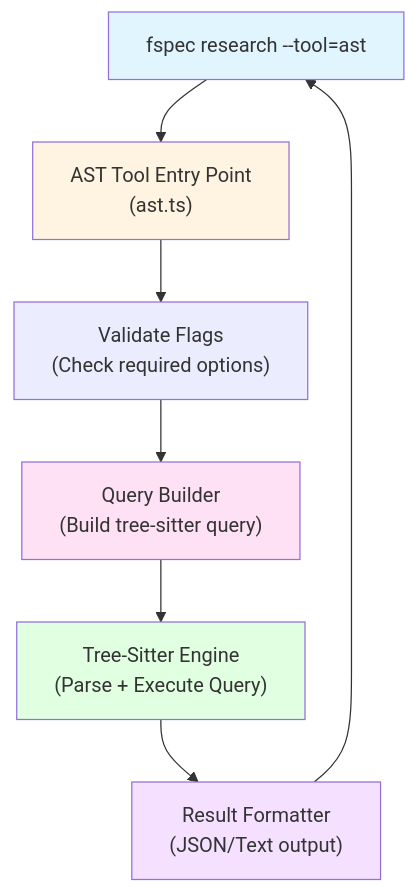
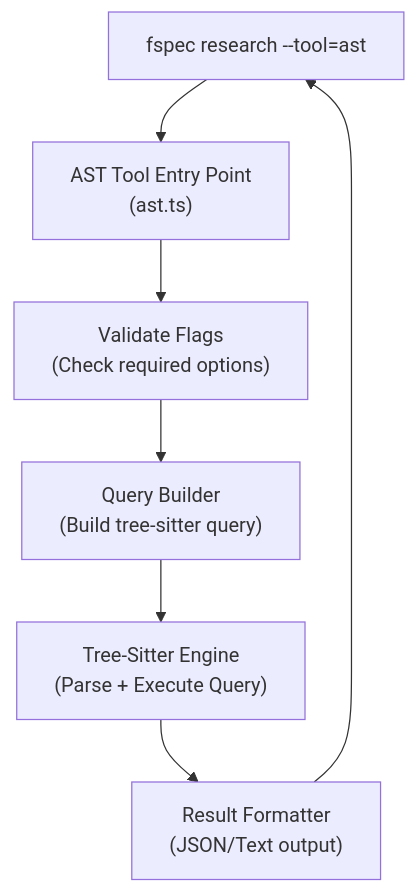
The first of 3 diagrams in spec/attachments/RES-017/ast-tool-refactoring-research.md (sengac/fspec), drawn with Mermaid before and after one commit. The commit also changed other lines of this file and 21 other files, not shown here.

First line of the commit message:
feat(research-tools)!: replace semantic NL parsing with deterministic tree-sitter operations

````diff
--- a/spec/attachments/RES-017/ast-tool-refactoring-research.md
+++ b/spec/attachments/RES-017/ast-tool-refactoring-research.md
@@ -200,22 +200,16 @@
 ```mermaid
 graph TB
     CLI["fspec research --tool=ast"]
     Parser["AST Tool Entry Point<br/>(ast.ts)"]
     Validator["Validate Flags<br/>(Check required options)"]
     QueryBuilder["Query Builder<br/>(Build tree-sitter query)"]
     TreeSitter["Tree-Sitter Engine<br/>(Parse + Execute Query)"]
     Formatter["Result Formatter<br/>(JSON/Text output)"]
 
     CLI --> Parser
     Parser --> Validator
     Validator --> QueryBuilder
     QueryBuilder --> TreeSitter
     TreeSitter --> Formatter
     Formatter --> CLI
-
-    style CLI fill:#e1f5ff
-    style Parser fill:#fff4e1
-    style QueryBuilder fill:#ffe1f5
-    style TreeSitter fill:#e1ffe1
-    style Formatter fill:#f5e1ff
 ```
````
